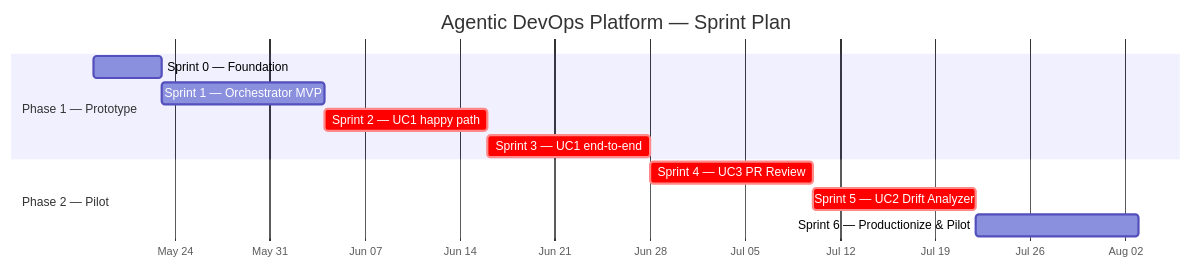
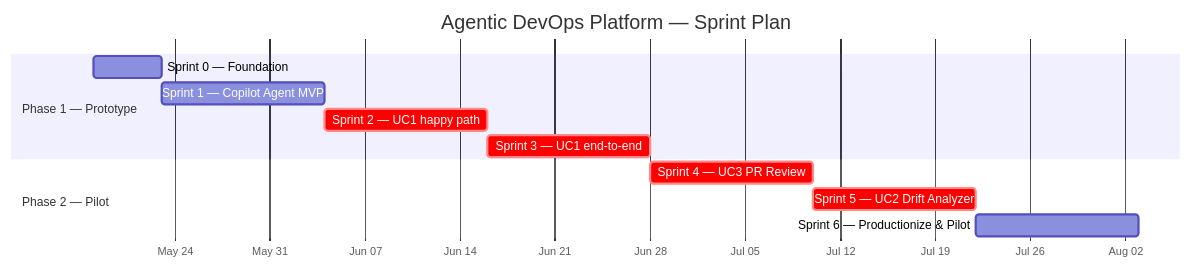
The first of 3 diagrams in sprints/SPRINT_PLAN.md (urruegg/AgenticDevOpsPlatform), drawn with Mermaid before and after one commit. The commit also changed other lines of this file and 22 other files, not shown here.

First line of the commit message:
docs: pivot runtime to GitHub Copilot coding agent (ADR-0002)

````diff
--- a/sprints/SPRINT_PLAN.md
+++ b/sprints/SPRINT_PLAN.md
@@ -73,15 +84,15 @@
 ```mermaid
 gantt
     title Agentic DevOps Platform — Sprint Plan
     dateFormat YYYY-MM-DD
     axisFormat %b %d
     section Phase 1 — Prototype
     Sprint 0 — Foundation           :s0, 2026-05-18, 5d
-    Sprint 1 — Orchestrator MVP     :s1, after s0, 12d
+    Sprint 1 — Copilot Agent MVP    :s1, after s0, 12d
     Sprint 2 — UC1 happy path       :crit, s2, after s1, 12d
     Sprint 3 — UC1 end-to-end       :crit, s3, after s2, 12d
     section Phase 2 — Pilot
     Sprint 4 — UC3 PR Review        :crit, s4, after s3, 12d
     Sprint 5 — UC2 Drift Analyzer   :crit, s5, after s4, 12d
     Sprint 6 — Productionize & Pilot:s6, after s5, 12d
 ```
````
